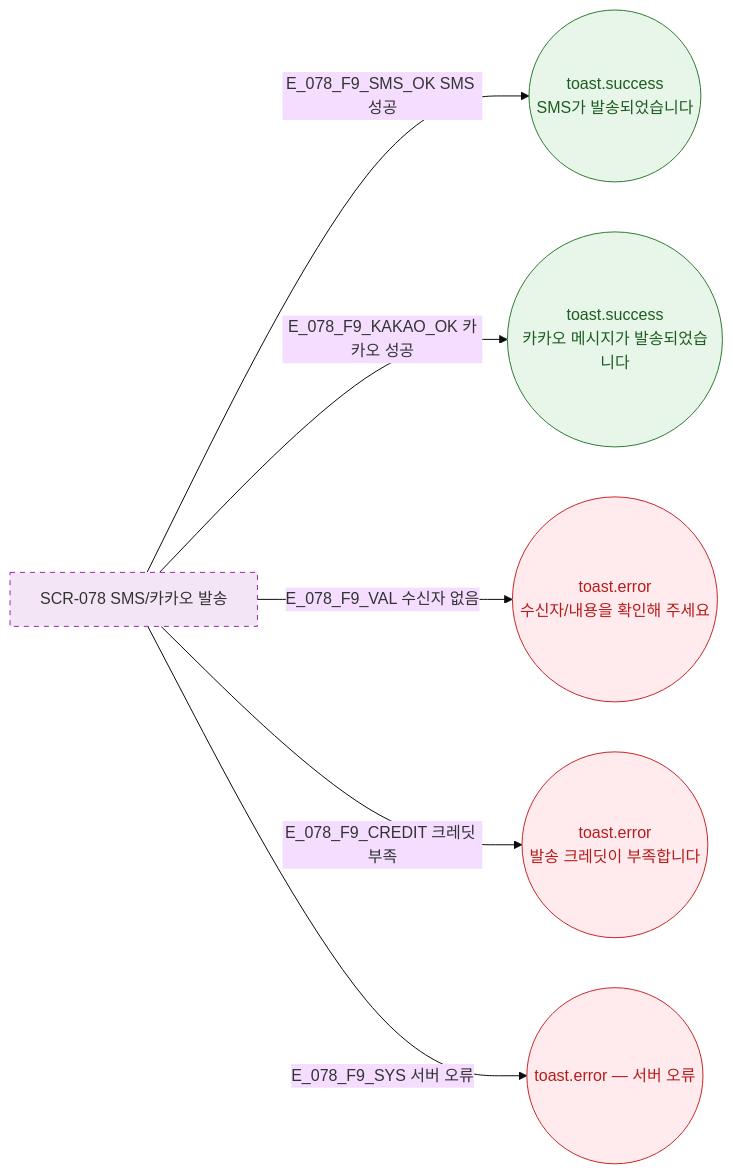
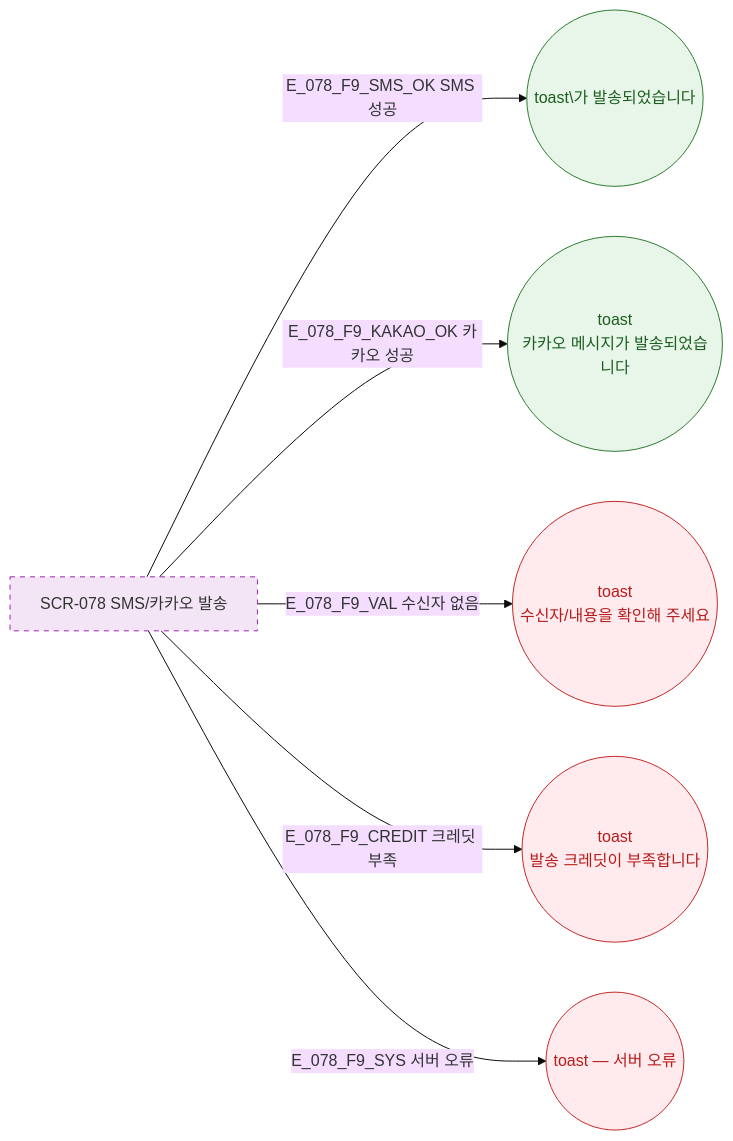
Before and after one commit to dev-spogym/admin-pando: the diagram in docs/다이어그램/D08_마케팅/SCR-078_SMS카카오발송/F9_토스트피드백.md, drawn with Mermaid (base theme). The commit also changed other lines of this file and 1660 other files, not shown here.

First line of the commit message:
다이어그램: 기획자/클라이언트 납품본으로 정리

````diff
--- a/docs/다이어그램/D08_마케팅/SCR-078_SMS카카오발송/F9_토스트피드백.md
+++ b/docs/다이어그램/D08_마케팅/SCR-078_SMS카카오발송/F9_토스트피드백.md
@@ -14,18 +12,18 @@
 ```mermaid
 flowchart LR
   SCR_078[SCR-078 SMS/카카오 발송]
 
-  SCR_078 -->|E_078_F9_SMS_OK SMS 성공| T1((toast.success\nSMS가 발송되었습니다))
-  SCR_078 -->|E_078_F9_KAKAO_OK 카카오 성공| T2((toast.success\n카카오 메시지가 발송되었습니다))
-  SCR_078 -->|E_078_F9_VAL 수신자 없음| T3((toast.error\n수신자/내용을 확인해 주세요))
-  SCR_078 -->|E_078_F9_CREDIT 크레딧 부족| T4((toast.error\n발송 크레딧이 부족합니다))
-  SCR_078 -->|E_078_F9_SYS 서버 오류| T5((toast.error — 서버 오류))
+  SCR_078 -->|E_078_F9_SMS_OK SMS 성공|T1((toast\가 발송되었습니다))
+  SCR_078 -->|E_078_F9_KAKAO_OK 카카오 성공|T2((toast\n카카오 메시지가 발송되었습니다))
+  SCR_078 -->|E_078_F9_VAL 수신자 없음|T3((toast\n수신자/내용을 확인해 주세요))
+  SCR_078 -->|E_078_F9_CREDIT 크레딧 부족|T4((toast\n발송 크레딧이 부족합니다))
+  SCR_078 -->|E_078_F9_SYS 서버 오류|T5((toast — 서버 오류))
 
   classDef newFeature fill:#F3E5F5,stroke:#9C27B0,stroke-dasharray:5 5
-  classDef success    fill:#E8F5E9,stroke:#2E7D32,color:#1B5E20
-  classDef error      fill:#FFEBEE,stroke:#C62828,color:#B71C1C
+  classDef success fill:#E8F5E9,stroke:#2E7D32,color:#1B5E20
+  classDef error fill:#FFEBEE,stroke:#C62828,color:#B71C1C
 
   class SCR_078 newFeature
   class T1,T2 success
   class T3,T4,T5 error
 ```
````
